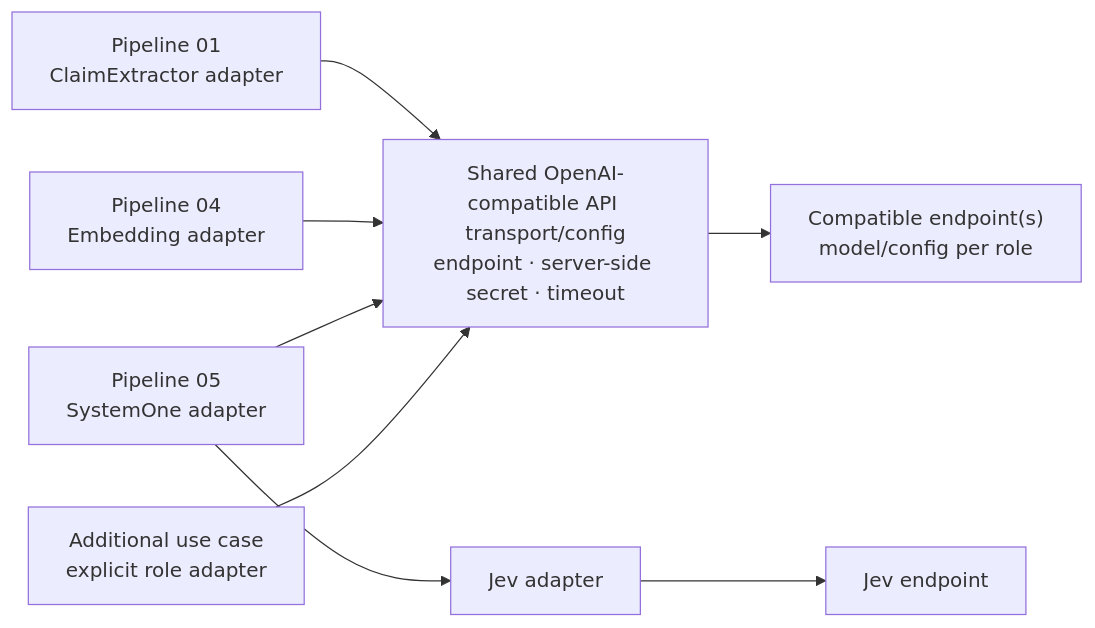
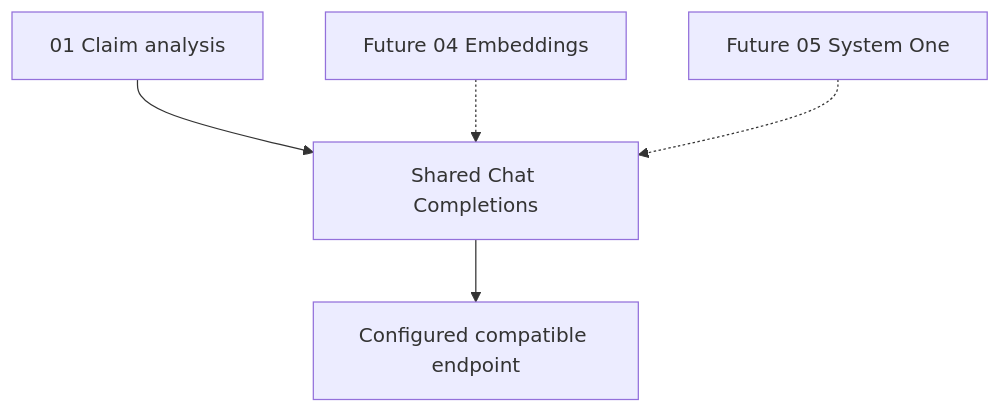
One commit to arrokh/paper-t-rail changed the second of 2 diagrams in docs/pipeline-feature-matrix.md. Above: the diagram before and after it, drawn with Mermaid. The commit also changed other lines of this file and 47 other files, not shown here.

First line of the commit message:
[api-web] feat: Add optional Pipeline 01 claim analysis

````diff
--- a/docs/pipeline-feature-matrix.md
+++ b/docs/pipeline-feature-matrix.md
@@ -158,9 +160,7 @@
 ```mermaid
-flowchart LR
-    P1["Pipeline 01<br/>ClaimExtractor adapter"] --> T["Shared OpenAI-compatible API transport/config<br/>endpoint · server-side secret · timeout"]
-    P4["Pipeline 04<br/>Embedding adapter"] --> T
-    P5["Pipeline 05<br/>SystemOne adapter"] --> T
-    OTHER["Additional use case<br/>explicit role adapter"] --> T
-    T --> API["Compatible endpoint(s)<br/>model/config per role"]
-    P5 --> JEV["Jev adapter"] --> JEVAPI["Jev endpoint"]
+flowchart TD
+    P1["01 Claim analysis"] --> T["Shared Chat Completions"]
+    P4["Future 04 Embeddings"] -.-> T
+    P5["Future 05 System One"] -.-> T
+    T --> API["Configured compatible endpoint"]
 ```
````
